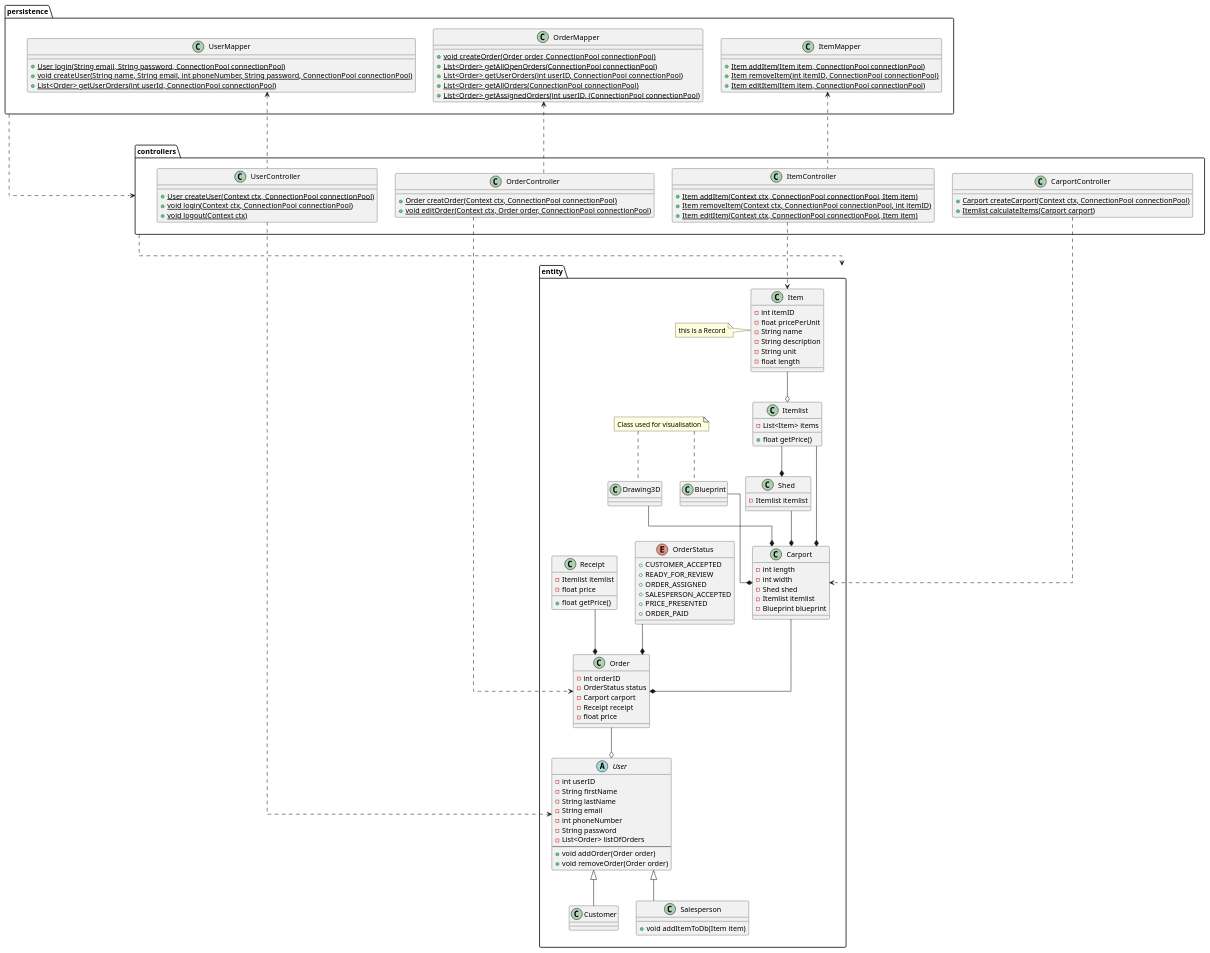
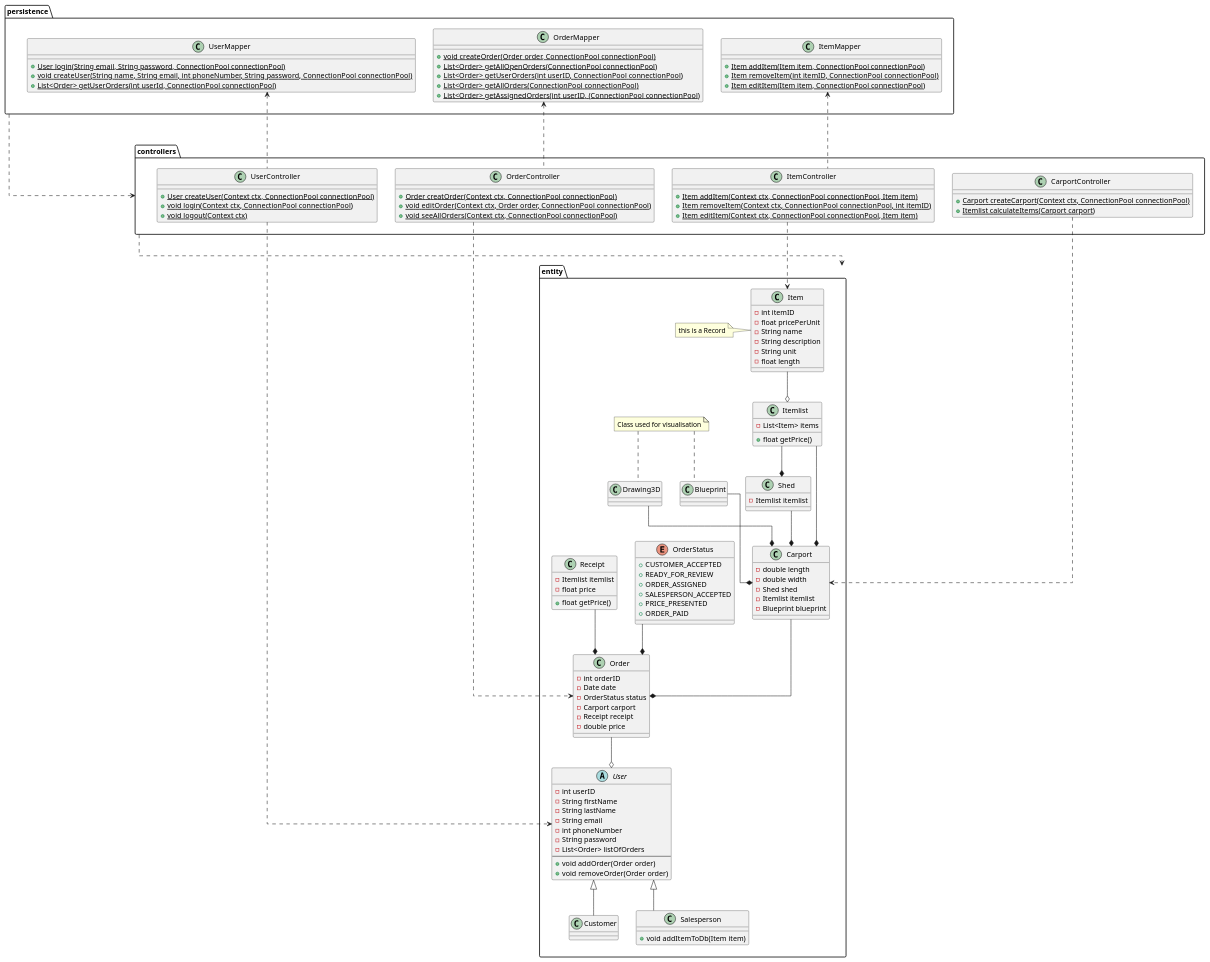
One commit to Laumh-exe/2SemEksamenOpgave changed the diagram in doc/Analyse/PlantUML/KlasseDiagram.puml. Above: the diagram before and after it, drawn with PlantUML. The commit also changed 12 other files, not shown here.

```diff
--- a/doc/Analyse/PlantUML/KlasseDiagram.puml
+++ b/doc/Analyse/PlantUML/KlasseDiagram.puml
@@ -1,164 +1,166 @@
 @startuml
 'https://plantuml.com/class-diagram
 
 skinparam linetype ortho
 package "entity" {
     abstract User{
         - int userID
         - String firstName
         - String lastName
         - String email
         - int phoneNumber
         - String password
         - List<Order> listOfOrders
         --
         + void addOrder(Order order)
         + void removeOrder(Order order)
     }
 
     class Customer extends User {
     }
 
     class Salesperson extends User {
         + void addItemToDb(Item item)
     }
 
     Enum OrderStatus {
         + CUSTOMER_ACCEPTED
         + READY_FOR_REVIEW
         + ORDER_ASSIGNED
         + SALESPERSON_ACCEPTED
         + PRICE_PRESENTED
         + ORDER_PAID
     }
 
     class Order {
         - int orderID
+        - Date date
         - OrderStatus status
         - Carport carport
         - Receipt receipt
-        - float price
+        - double price
     }
     class Receipt {
         - Itemlist itemlist
         - float price
         + float getPrice()
     }
     /'class Receipt'/
     class Carport {
-        - int length
-        - int width
+        - double length
+        - double width
         - Shed shed
         - Itemlist itemlist
         - Blueprint blueprint
     }
 
     class Blueprint {
     }
 
     note "Class used for visualisation" as n1
 
     class Drawing3D{
     }
     n1 .. Drawing3D
     n1 .. Blueprint
 
     class Itemlist{
         - List<Item> items
         + float getPrice()
     }
 
     class Item {
         - int itemID
         - float pricePerUnit
         - String name
         - String description
         - String unit
         - float length
     }
     note left: this is a Record
 
     class Shed {
         - Itemlist itemlist
     }
 }
 
 package "controllers" {
 
     class UserController {
         + {static} User createUser(Context ctx, ConnectionPool connectionPool)
         + {static} void login(Context ctx, ConnectionPool connectionPool)
         + {static} void logout(Context ctx)
     }
 
     class OrderController {
         + {static} Order creatOrder(Context ctx, ConnectionPool connectionPool)
         + {static} void editOrder(Context ctx, Order order, ConnectionPool connectionPool)
+        + {static} void seeAllOrders(Context ctx, ConnectionPool connectionPool)
     }
 
     class CarportController {
         + {static} Carport createCarport(Context ctx, ConnectionPool connectionPool)
         + {static} Itemlist calculateItems(Carport carport)
     }
 
     class ItemController {
         + {static} Item addItem(Context ctx, ConnectionPool connectionPool, Item item)
         + {static} Item removeItem(Context ctx, ConnectionPool connectionPool, int itemID)
         + {static} Item editItem(Context ctx, ConnectionPool connectionPool, Item item)
     }
 }
 
 package "persistence" {
     class UserMapper {
         + {static} User login(String email, String password, ConnectionPool connectionPool)
         + {static} void createUser(String name, String email, int phoneNumber, String password, ConnectionPool connectionPool)
         + {static} List<Order> getUserOrders(int userId, ConnectionPool connectionPool)
     }
 
     class OrderMapper {
         + {static} void createOrder(Order order, ConnectionPool connectionPool)
         + {static} List<Order> getAllOpenOrders(ConnectionPool connectionPool)
         + {static} List<Order> getUserOrders(int userID, ConnectionPool connectionPool)
         + {static} List<Order> getAllOrders(ConnectionPool connectionPool)
         + {static} List<Order> getAssignedOrders(int userID, (ConnectionPool connectionPool)
     }
 
     class ItemMapper {
         + {static} Item addItem(Item item, ConnectionPool connectionPool)
         + {static} Item removeItem(int itemID, ConnectionPool connectionPool)
         + {static} Item editItem(Item item, ConnectionPool connectionPool)
     }
 }
 
 /'Relations'/
 /'entities'/
 
 Order --o User
 OrderStatus --* Order
 Carport --* Order
 Shed --* Carport
 Itemlist --* Shed
 Itemlist --* Carport
 Item --o Itemlist
 Receipt --* Order
 Blueprint --* Carport
 Drawing3D --* Carport
 
 /'controllers'/
 
 UserController ..> User
 OrderController ..> Order
 CarportController ..> Carport
 ItemController ..> Item
 '
 persistence ...> controllers
 controllers ...>  entity
 
 /'persistence'/
 
 UserMapper <.. UserController
 OrderMapper <.. OrderController
 ItemMapper <.. ItemController
 
 
 @enduml
```
